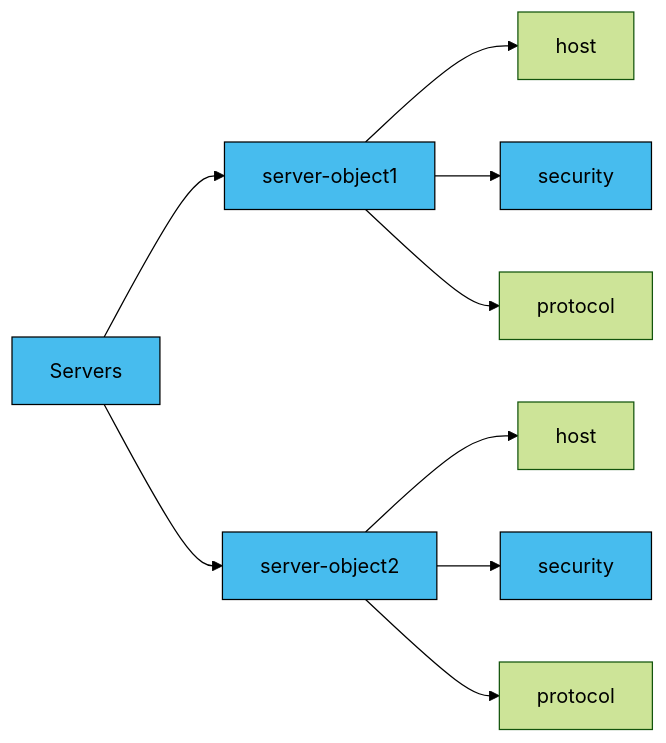
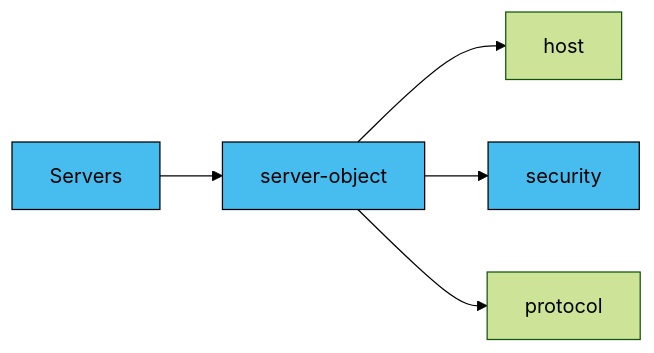
The diagram in pages/docs/concepts/asyncapi-document/server-security.md (asyncapi/website), drawn with Mermaid (forest theme) before and after one commit.

Commit message:
Update diagram to component level

````diff
--- a/pages/docs/concepts/asyncapi-document/server-security.md
+++ b/pages/docs/concepts/asyncapi-document/server-security.md
@@ -42,27 +42,15 @@
 ```mermaid
 graph LR
   A[Servers]
-  B[server-object1]
-  C[server-object2]
+  C[server-object]
   F[host]
-  G[host]
-  H[protocol]
   I[protocol]
-  D[security]
   E[security]
-
-  A --> B
-  B --> F
-  C --> G
+  C --> F
   A --> C
-  B --> D
   C --> E
-  B --> H
   C --> I
-
   style A fill:#47BCEE,stroke:#000;
-  style B fill:#47BCEE,stroke:#000;
   style C fill:#47BCEE,stroke:#000;
-  style D fill:#47BCEE,stroke:#000;
   style E fill:#47BCEE,stroke:#000
 ```
````
